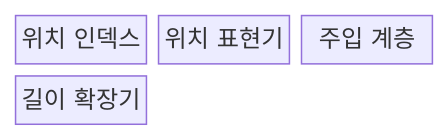
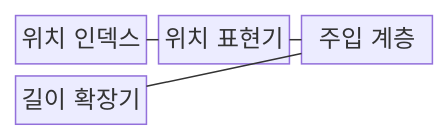
The first of 2 diagrams in src/content/docs/notes/08-latest-tech/031_positional_encoding.md (agnusdei1207/knowledge-base), drawn with Mermaid before and after one commit. The commit also changed other lines of this file and 228 other files, not shown here.

````diff
--- a/src/content/docs/notes/08-latest-tech/031_positional_encoding.md
+++ b/src/content/docs/notes/08-latest-tech/031_positional_encoding.md
@@ -52,8 +52,11 @@
 ```mermaid
 block-beta
     columns 3
     I["위치 인덱스"]
     E["위치 표현기"]
     J["주입 계층"]
     L["길이 확장기"]
+    I --- E
+    E --- J
+    J --- L
 ```
````
